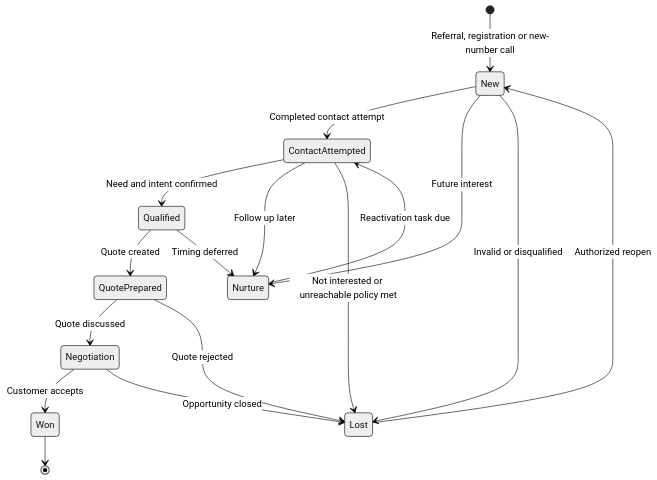
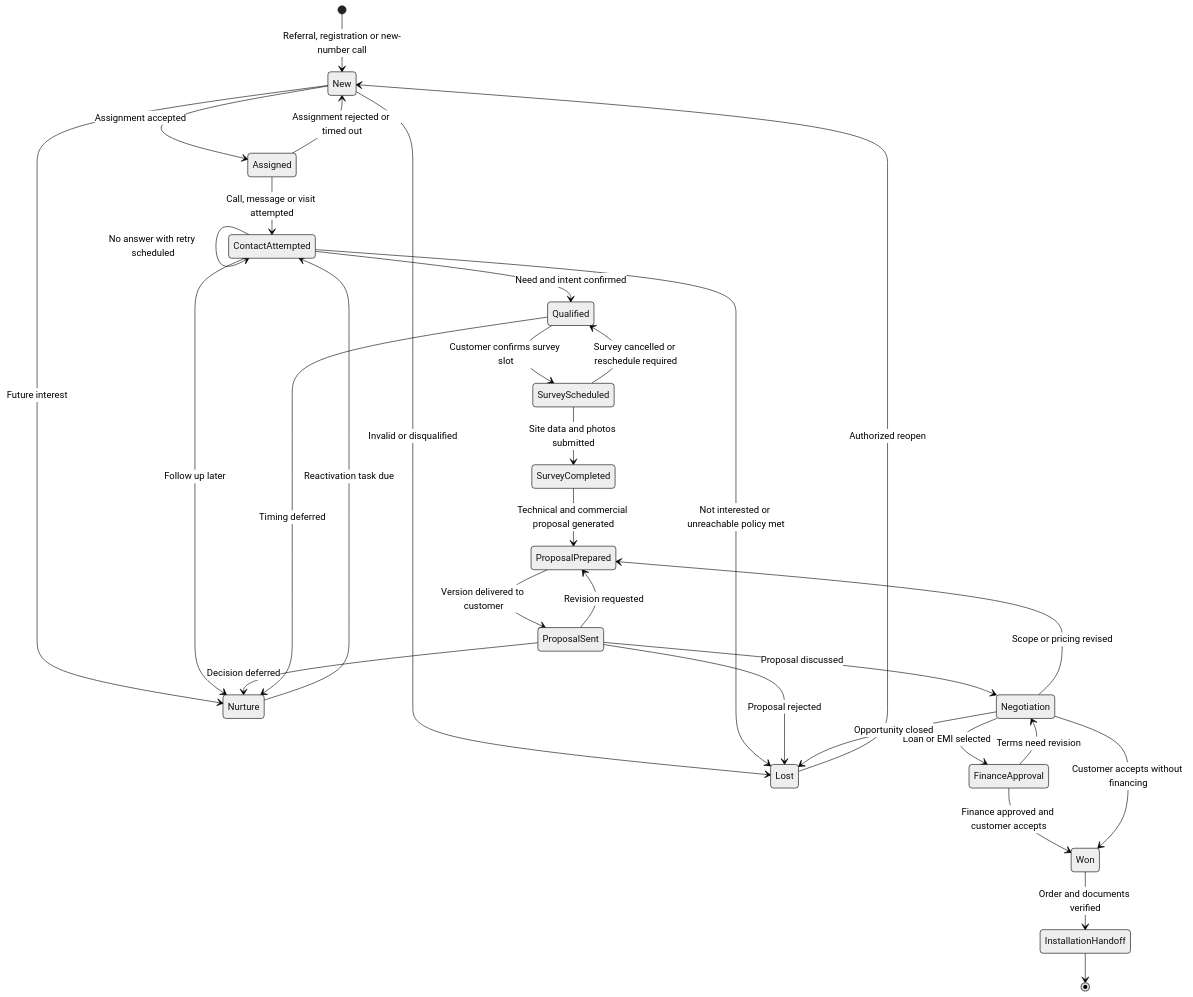
The sixth of 8 diagrams in lead-creation-workflow.md (NiladriPadhy/solar-sales-automation), drawn with Mermaid (neutral theme) before and after one commit. The commit also changed other lines of this file and 10 other files, not shown here.

````diff
--- a/lead-creation-workflow.md
+++ b/lead-creation-workflow.md
@@ -240,19 +308,33 @@
 ```mermaid
 stateDiagram-v2
     [*] --> New: Referral, registration or new-number call
-    New --> ContactAttempted: Completed contact attempt
+    New --> Assigned: Assignment accepted
+    Assigned --> ContactAttempted: Call, message or visit attempted
+    Assigned --> New: Assignment rejected or timed out
     New --> Nurture: Future interest
     New --> Lost: Invalid or disqualified
     ContactAttempted --> Qualified: Need and intent confirmed
+    ContactAttempted --> ContactAttempted: No answer with retry scheduled
     ContactAttempted --> Nurture: Follow up later
     ContactAttempted --> Lost: Not interested or unreachable policy met
-    Qualified --> QuotePrepared: Quote created
+    Qualified --> SurveyScheduled: Customer confirms survey slot
+    SurveyScheduled --> SurveyCompleted: Site data and photos submitted
+    SurveyScheduled --> Qualified: Survey cancelled or reschedule required
+    SurveyCompleted --> ProposalPrepared: Technical and commercial proposal generated
+    ProposalPrepared --> ProposalSent: Version delivered to customer
+    ProposalSent --> Negotiation: Proposal discussed
+    ProposalSent --> ProposalPrepared: Revision requested
+    ProposalSent --> Nurture: Decision deferred
+    Negotiation --> FinanceApproval: Loan or EMI selected
+    FinanceApproval --> Negotiation: Terms need revision
+    FinanceApproval --> Won: Finance approved and customer accepts
+    Negotiation --> Won: Customer accepts without financing
+    Negotiation --> ProposalPrepared: Scope or pricing revised
     Qualified --> Nurture: Timing deferred
-    QuotePrepared --> Negotiation: Quote discussed
-    QuotePrepared --> Lost: Quote rejected
-    Negotiation --> Won: Customer accepts
+    ProposalSent --> Lost: Proposal rejected
     Negotiation --> Lost: Opportunity closed
     Nurture --> ContactAttempted: Reactivation task due
     Lost --> New: Authorized reopen
-    Won --> [*]
+    Won --> InstallationHandoff: Order and documents verified
+    InstallationHandoff --> [*]
 ```
````
